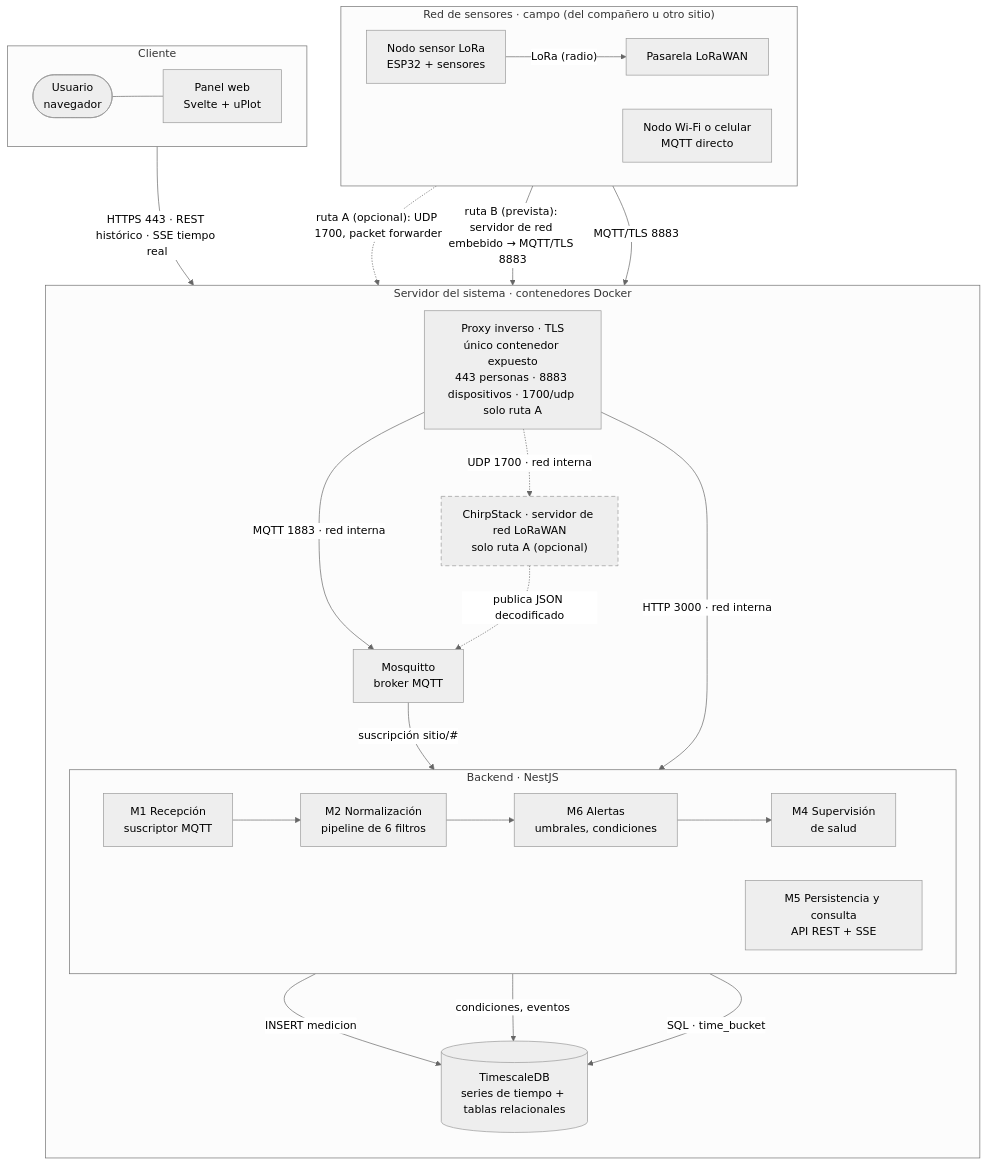
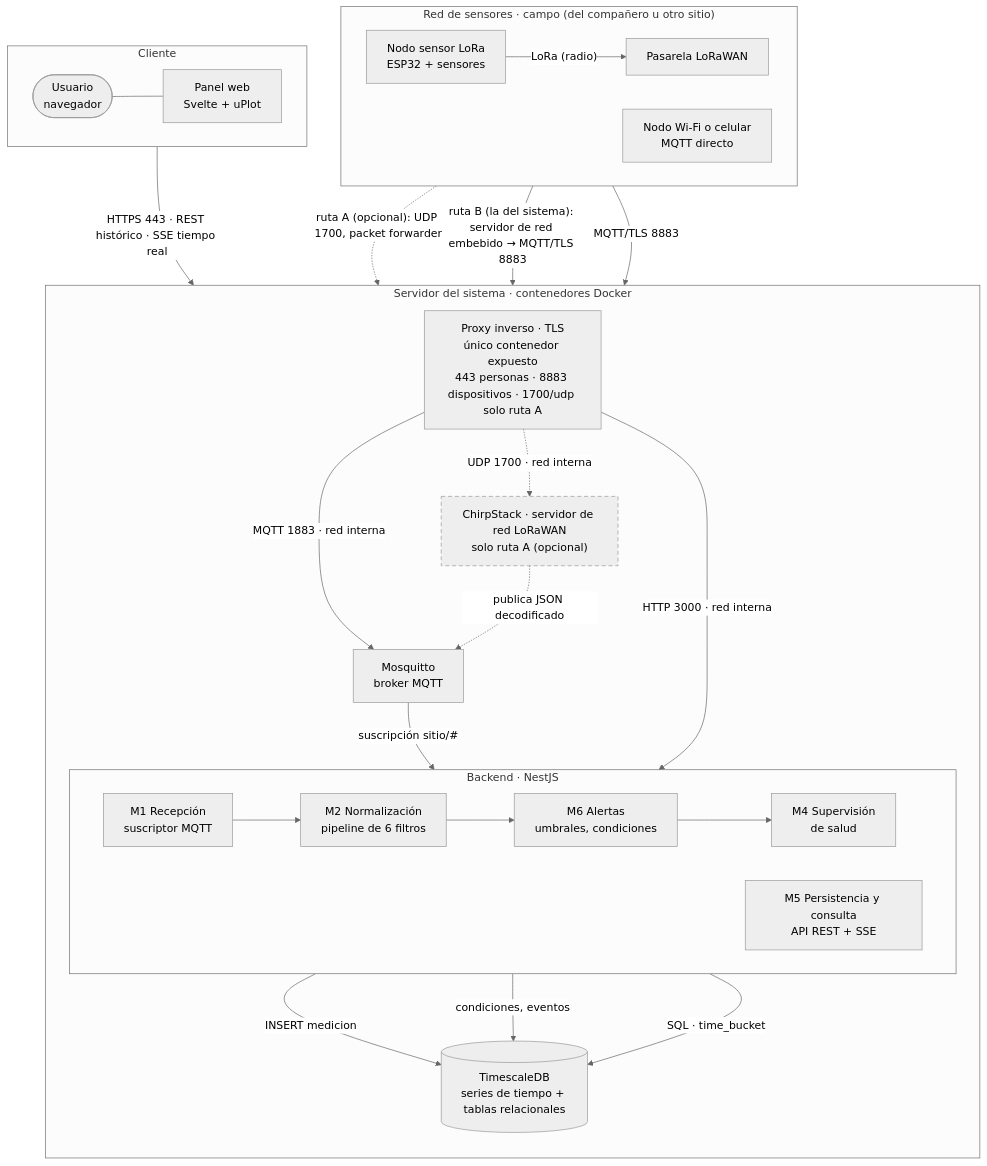
One commit to vicenterami/tesis changed the diagram in informe-oficial/figuras/mermaid/contenedores.mmd. Above: the diagram before and after it, drawn with Mermaid (neutral theme). The commit also changed 43 other files, not shown here.

```diff
--- a/informe-oficial/figuras/mermaid/contenedores.mmd
+++ b/informe-oficial/figuras/mermaid/contenedores.mmd
@@ -1,40 +1,40 @@
 flowchart TB
     subgraph RED["Red de sensores · campo (del compañero u otro sitio)"]
         direction LR
         N1["Nodo sensor LoRa<br/>ESP32 + sensores"] -- "LoRa (radio)" --> GW["Pasarela LoRaWAN"]
         N2["Nodo Wi-Fi o celular<br/>MQTT directo"]
     end
 
     subgraph SRV["Servidor del sistema · contenedores Docker"]
         direction TB
         RP["Proxy inverso · TLS<br/>único contenedor expuesto<br/>443 personas · 8883 dispositivos · 1700/udp solo ruta A"]
         CS["ChirpStack · servidor de red LoRaWAN<br/>solo ruta A (opcional)"]
         MQ["Mosquitto<br/>broker MQTT"]
         subgraph BE["Backend · NestJS"]
             direction LR
             M1["M1 Recepción<br/>suscriptor MQTT"] --> M2["M2 Normalización<br/>pipeline de 6 filtros"]
             M2 --> M6["M6 Alertas<br/>umbrales, condiciones"] --> M4["M4 Supervisión<br/>de salud"]
             M5["M5 Persistencia y consulta<br/>API REST + SSE"]
         end
         DB[("TimescaleDB<br/>series de tiempo + tablas relacionales")]
     end
 
     subgraph CLI["Cliente"]
         direction LR
         U(["Usuario<br/>navegador"]) --- FE["Panel web<br/>Svelte + uPlot"]
     end
 
     GW -. "ruta A (opcional): UDP 1700, packet forwarder" .-> RP
-    GW -- "ruta B (prevista): servidor de red embebido → MQTT/TLS 8883" --> RP
+    GW -- "ruta B (la del sistema): servidor de red embebido → MQTT/TLS 8883" --> RP
     N2 -- "MQTT/TLS 8883" --> RP
     RP -. "UDP 1700 · red interna" .-> CS
     RP -- "MQTT 1883 · red interna" --> MQ
     CS -. "publica JSON decodificado" .-> MQ
     MQ -- "suscripción sitio/#" --> M1
     M2 -- "INSERT medicion" --> DB
     M6 -- "condiciones, eventos" --> DB
     M5 -- "SQL · time_bucket" --> DB
     FE -- "HTTPS 443 · REST histórico · SSE tiempo real" --> RP
     RP -- "HTTP 3000 · red interna" --> M5
     classDef opcional stroke-dasharray:6 4
     class CS opcional
```
